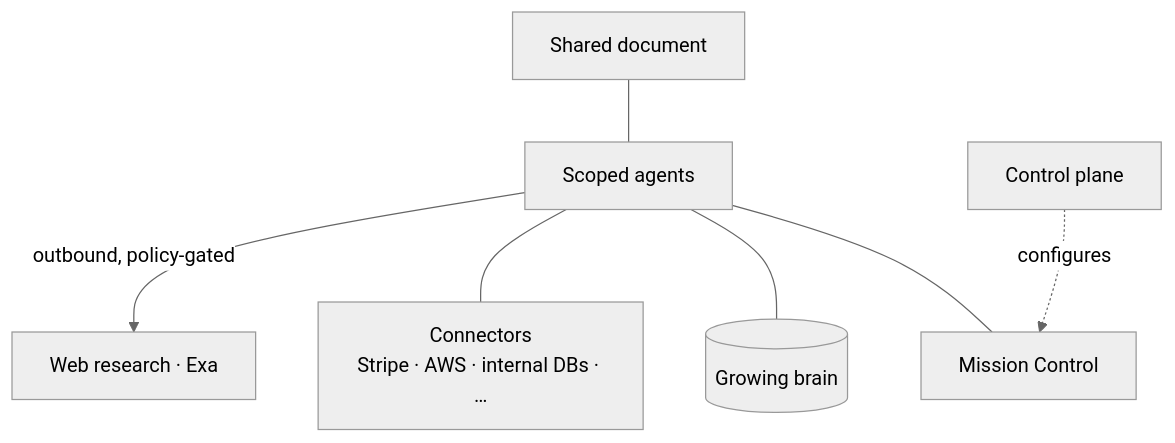
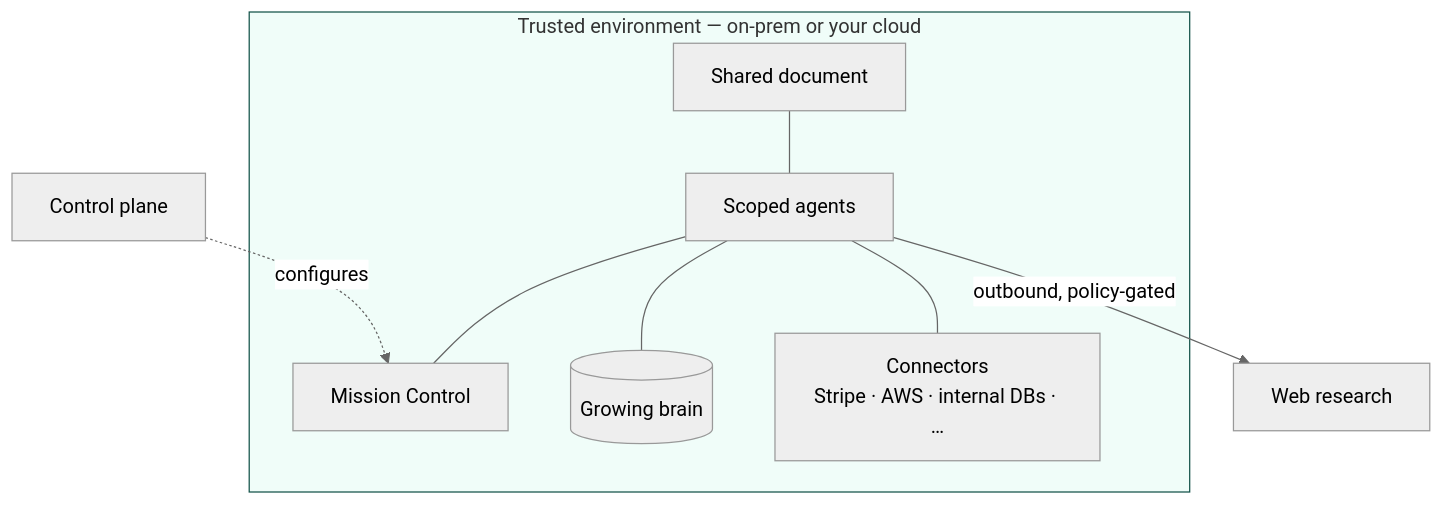
The second of 3 diagrams in slides/slides.md (fractalboxdev/superai2026), drawn with Mermaid (neutral theme) before and after one commit. The commit also changed other lines of this file and 24 other files, not shown here.

First line of the commit message:
Slide deck: design-system theme, SV-cast comic illustrations, restructured flow

````diff
--- a/slides/slides.md
+++ b/slides/slides.md
@@ -279,9 +359,12 @@
 ```mermaid
 flowchart TD
-    Doc[Shared document] --- Agents[Scoped agents]
-    Agents --- MC[Mission Control]
-    Agents --- Brain[(Growing brain)]
-    Agents --- Conn[Connectors<br/>Stripe · AWS · internal DBs · …]
-    Agents -->|outbound, policy-gated| Web[Web research · Exa]
+    subgraph TE["Trusted environment — on-prem or your cloud"]
+        Doc[Shared document] --- Agents[Scoped agents]
+        Agents --- MC[Mission Control]
+        Agents --- Brain[(Growing brain)]
+        Agents --- Conn[Connectors<br/>Stripe · AWS · internal DBs · …]
+    end
+    Agents -->|outbound, policy-gated| Web[Web research]
     CP[Control plane] -.configures.-> MC
+    style TE fill:#f0fdf9,stroke:#14534a
 ```
````
